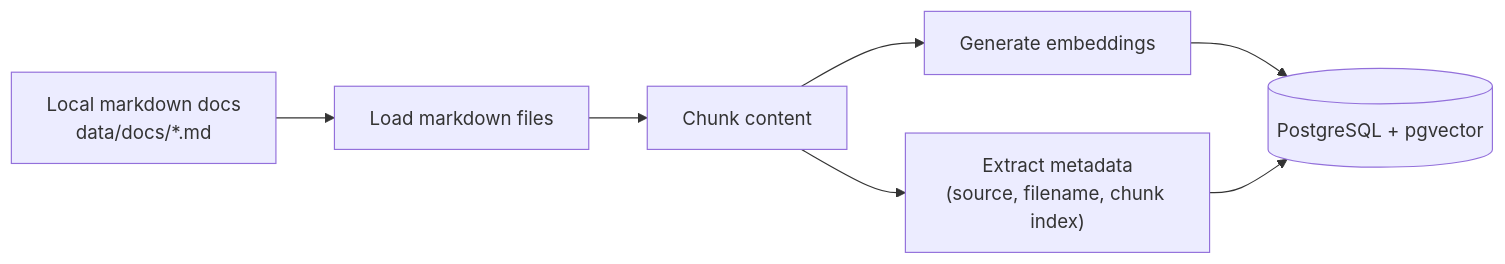
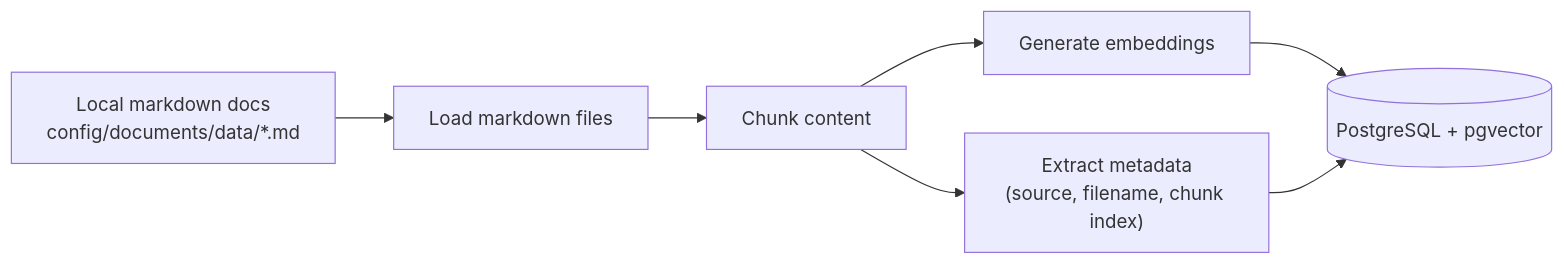
The third of 3 diagrams in README.md (ajrlewis/respond-ai), drawn with Mermaid before and after one commit. The commit also changed other lines of this file and 5 other files, not shown here.

````diff
--- a/README.md
+++ b/README.md
@@ -272,9 +284,9 @@
 ```mermaid
 flowchart LR
-    A["Local markdown docs<br/>data/docs/*.md"] --> B["Load markdown files"]
+    A["Local markdown docs<br/>config/documents/data/*.md"] --> B["Load markdown files"]
     B --> C["Chunk content"]
     C --> D["Generate embeddings"]
     C --> E["Extract metadata<br/>(source, filename, chunk index)"]
     D --> F[("PostgreSQL + pgvector")]
     E --> F
 ```
````
